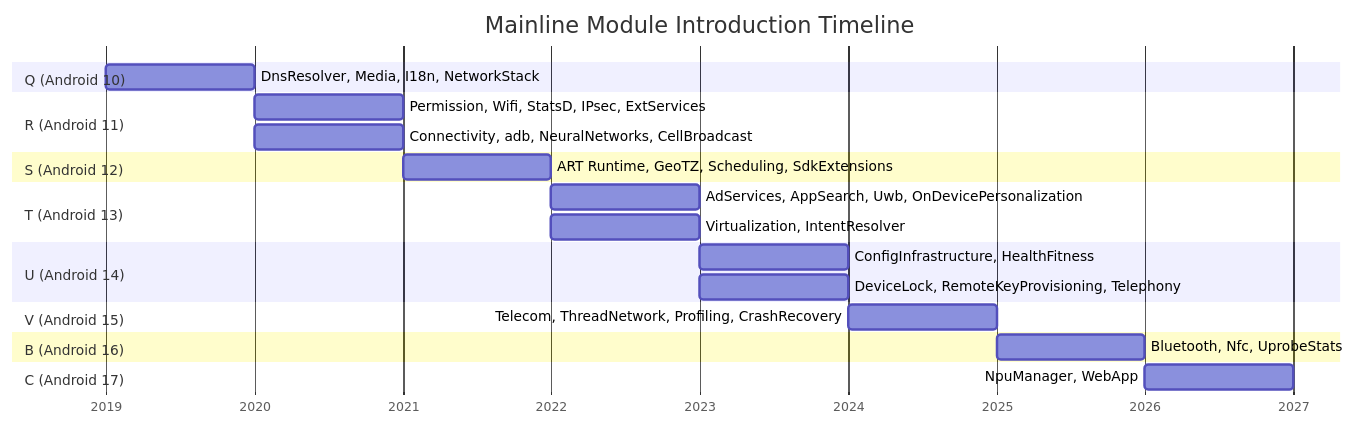
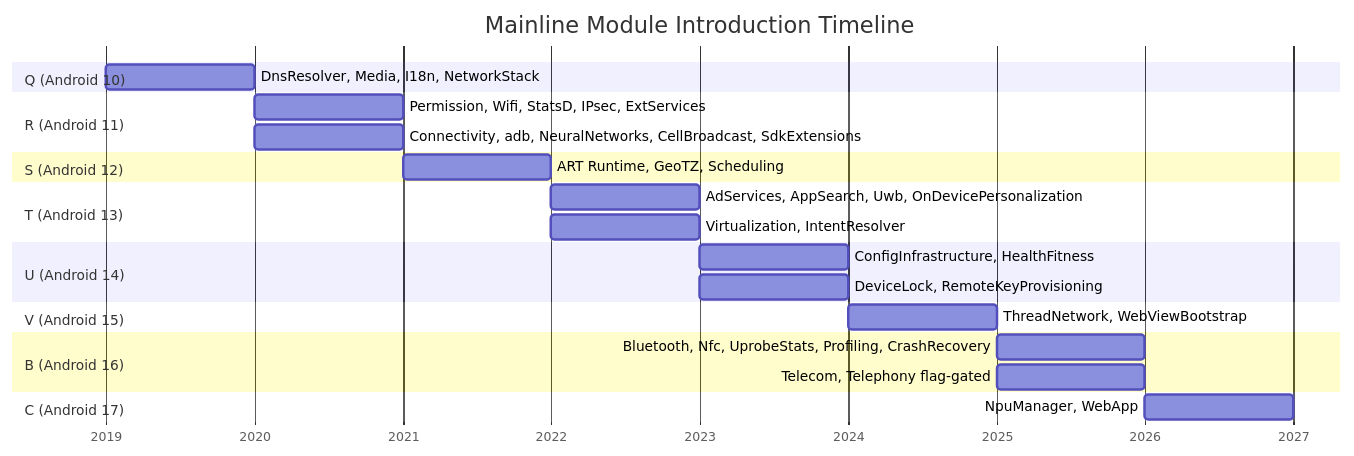
One commit to aospbooks/aosp-internal-book changed the seventh of 21 diagrams in 54-mainline-modules.md. Above: the diagram before and after it, drawn with Mermaid. The commit also changed other lines of this file and 218 other files, not shown here.

````diff
--- a/54-mainline-modules.md
+++ b/54-mainline-modules.md
@@ -1677,33 +1706,34 @@
 ```mermaid
 gantt
     title Mainline Module Introduction Timeline
     dateFormat YYYY
     axisFormat %Y
 
     section Q (Android 10)
     DnsResolver, Media, I18n, NetworkStack : 2019, 1y
 
     section R (Android 11)
     Permission, Wifi, StatsD, IPsec, ExtServices : 2020, 1y
-    Connectivity, adb, NeuralNetworks, CellBroadcast : 2020, 1y
+    Connectivity, adb, NeuralNetworks, CellBroadcast, SdkExtensions : 2020, 1y
 
     section S (Android 12)
-    ART Runtime, GeoTZ, Scheduling, SdkExtensions : 2021, 1y
+    ART Runtime, GeoTZ, Scheduling : 2021, 1y
 
     section T (Android 13)
     AdServices, AppSearch, Uwb, OnDevicePersonalization : 2022, 1y
     Virtualization, IntentResolver : 2022, 1y
 
     section U (Android 14)
     ConfigInfrastructure, HealthFitness : 2023, 1y
-    DeviceLock, RemoteKeyProvisioning, Telephony : 2023, 1y
+    DeviceLock, RemoteKeyProvisioning : 2023, 1y
 
     section V (Android 15)
-    Telecom, ThreadNetwork, Profiling, CrashRecovery : 2024, 1y
+    ThreadNetwork, WebViewBootstrap : 2024, 1y
 
     section B (Android 16)
-    Bluetooth, Nfc, UprobeStats : 2025, 1y
+    Bluetooth, Nfc, UprobeStats, Profiling, CrashRecovery : 2025, 1y
+    Telecom, Telephony flag-gated : 2025, 1y
 
     section C (Android 17)
     NpuManager, WebApp : 2026, 1y
 ```
````
